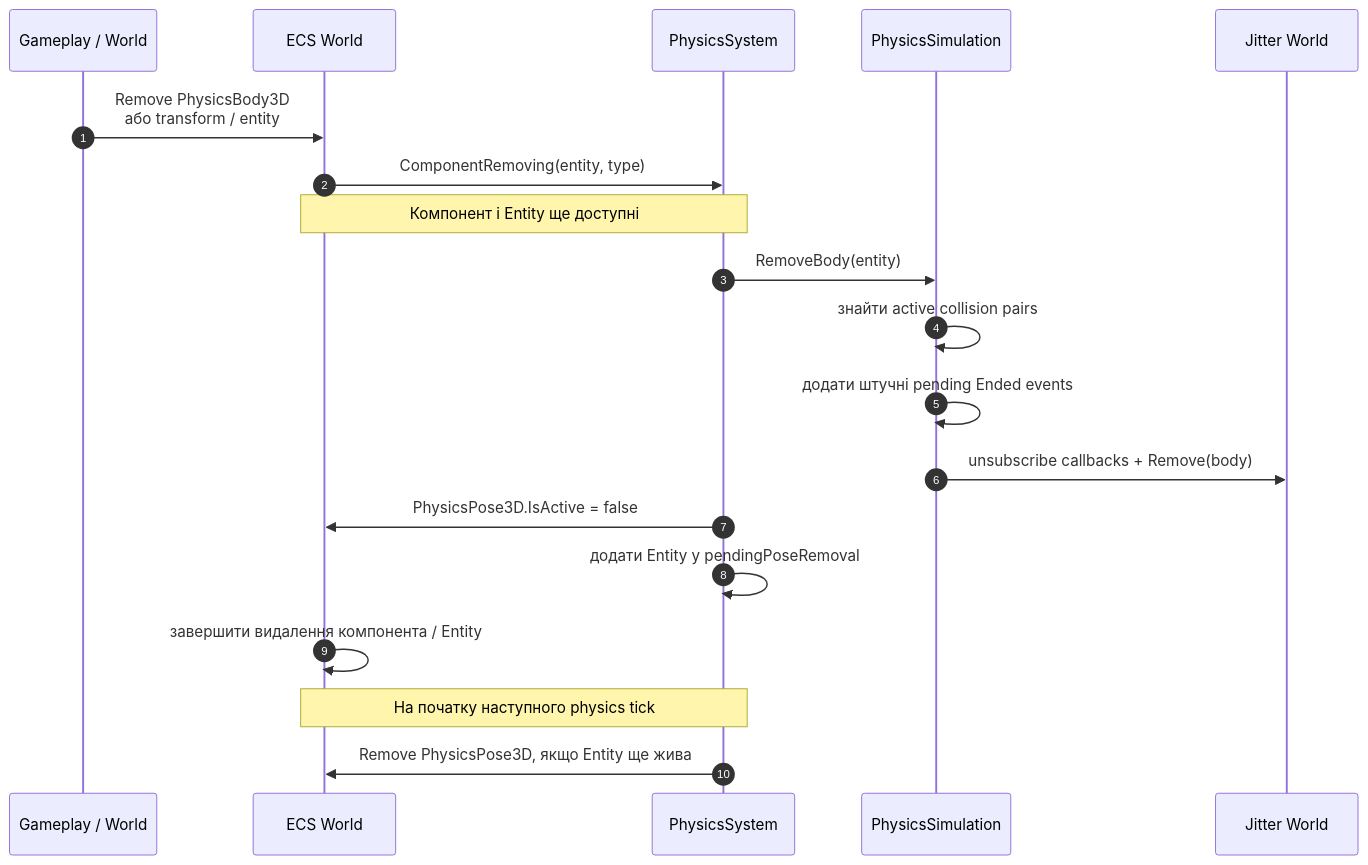
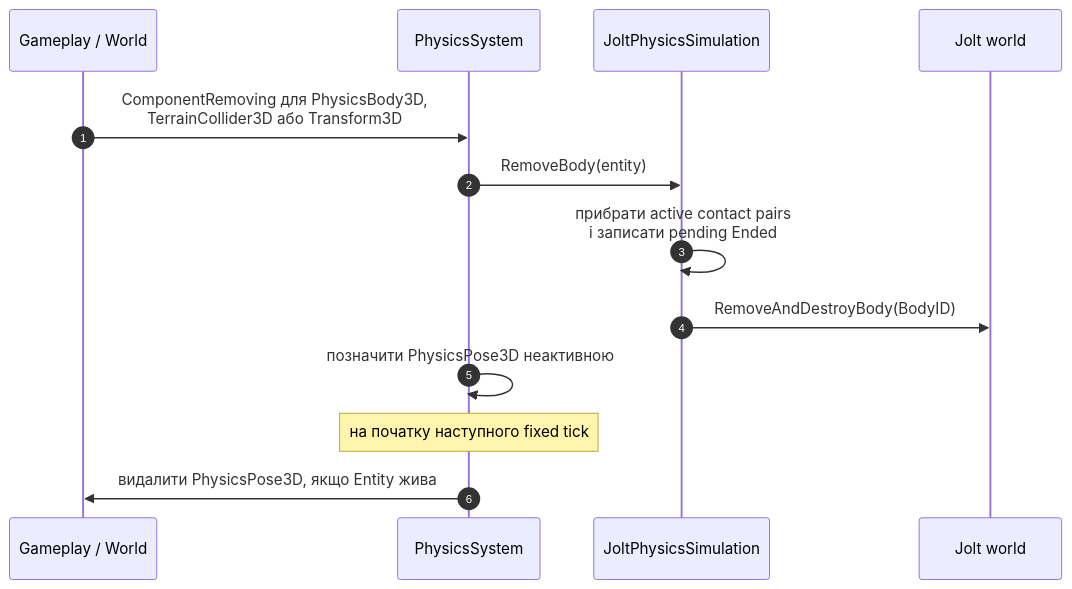
Before and after one commit to 7wai7/MonoGame-project: the second of 2 diagrams in docs/diagrams/06-physics-body-lifecycle.md, drawn with Mermaid. The commit also changed other lines of this file and 47 other files, not shown here.

Commit message:
feat(terrain): add streamed EXR terrain and Jolt heightfield physics - Added landscape based on EXR maps, chunks, and streaming rendering with LOD. - Replaced Jitter2 with Jolt; added heightfield colliders around the camera and moving bodies. - Added performance metrics and a physics smoke test.

```diff
--- a/docs/diagrams/06-physics-body-lifecycle.md
+++ b/docs/diagrams/06-physics-body-lifecycle.md
@@ -134,22 +111,16 @@
 ~~~mermaid
 sequenceDiagram
     autonumber
     participant G as Gameplay / World
-    participant W as ECS World
     participant P as PhysicsSystem
-    participant S as PhysicsSimulation
-    participant J as Jitter World
+    participant S as JoltPhysicsSimulation
+    participant J as Jolt world
 
-    G->>W: Remove PhysicsBody3D<br/>або transform / entity
-    W->>P: ComponentRemoving(entity, type)
-    Note over W,P: Компонент і Entity ще доступні
+    G->>P: ComponentRemoving для PhysicsBody3D,<br/>TerrainCollider3D або Transform3D
     P->>S: RemoveBody(entity)
-    S->>S: знайти active collision pairs
-    S->>S: додати штучні pending Ended events
-    S->>J: unsubscribe callbacks + Remove(body)
-    P->>W: PhysicsPose3D.IsActive = false
-    P->>P: додати Entity у pendingPoseRemoval
-    W->>W: завершити видалення компонента / Entity
-    Note over P,W: На початку наступного physics tick
-    P->>W: Remove PhysicsPose3D, якщо Entity ще жива
+    S->>S: прибрати active contact pairs<br/>і записати pending Ended
+    S->>J: RemoveAndDestroyBody(BodyID)
+    P->>P: позначити PhysicsPose3D неактивною
+    Note over P: на початку наступного fixed tick
+    P->>G: видалити PhysicsPose3D, якщо Entity жива
 ~~~
```
